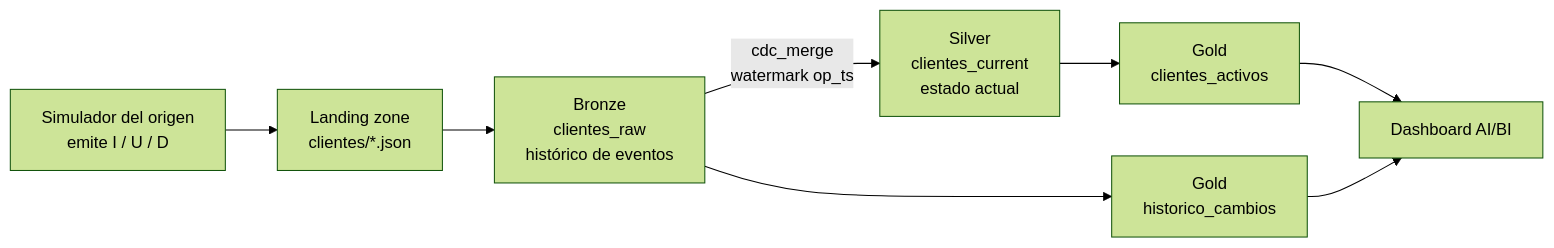
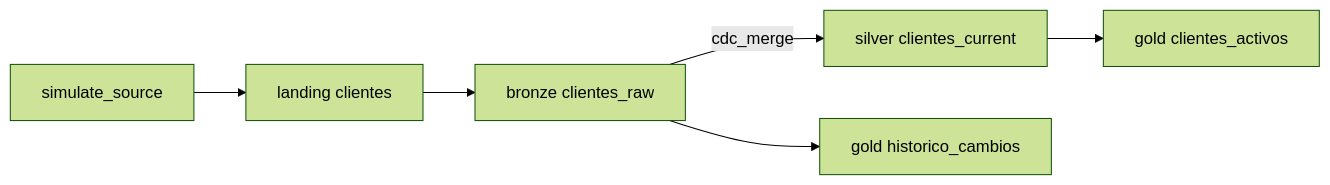
One commit to brrsanchezfi/TFM_nticmaster changed the diagram in use_cases/cdc/README.md. Above: the diagram before and after it, drawn with Mermaid (forest theme). The commit also changed other lines of this file and 24 other files, not shown here.

````diff
--- a/use_cases/cdc/README.md
+++ b/use_cases/cdc/README.md
@@ -11,10 +8,8 @@
 ```mermaid
 flowchart LR
-    SIM[Simulador del origen<br/>emite I / U / D] --> L[Landing zone<br/>clientes/*.json]
-    L --> B[Bronze<br/>clientes_raw<br/>histórico de eventos]
-    B -->|cdc_merge<br/>watermark op_ts| S[Silver<br/>clientes_current<br/>estado actual]
-    S --> G1[Gold<br/>clientes_activos]
-    B --> G2[Gold<br/>historico_cambios]
-    G1 --> D[Dashboard AI/BI]
-    G2 --> D
+    SIM[simulate_source] --> L[landing clientes]
+    L --> B[bronze clientes_raw]
+    B -->|cdc_merge| S[silver clientes_current]
+    S --> G1[gold clientes_activos]
+    B --> G2[gold historico_cambios]
 ```
````
